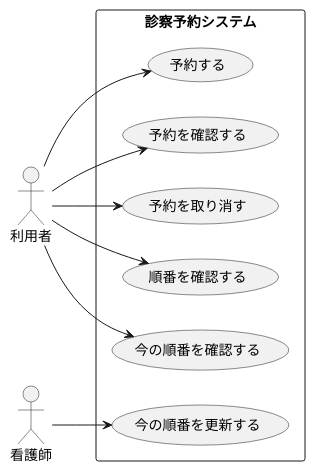
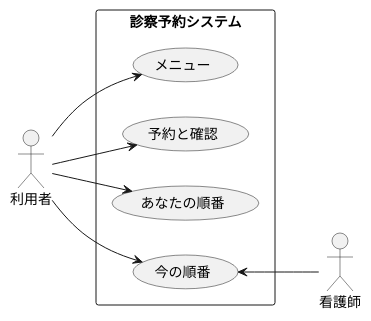
Before and after one commit to yoshidasen/uml-introduction: the diagram in 演習6-3_ユースケース図_診察予約システム.pu, drawn with PlantUML.

Commit message:
演習6-3ユースケース図

```diff
--- a/演習6-3_ユースケース図_診察予約システム.pu
+++ b/演習6-3_ユースケース図_診察予約システム.pu
@@ -1,26 +1,20 @@
 @startuml 診察予約システム
     left to right direction
 
     actor 利用者 as user
     actor 看護師 as nurse
 
     rectangle 診察予約システム {
-        usecase 予約する as U1
-        usecase 予約を確認する as U2
-        usecase 予約を取り消す as U3
-        usecase 順番を確認する as U4
-        usecase 今の順番を確認する as U5
-        usecase 今の順番を更新する as N1
+        usecase メニュー as U1
+        usecase 予約と確認 as U2
+        usecase あなたの順番 as U3
+        usecase 今の順番 as U4
     }
 
     user --> U1
     user --> U2
-    ' U2 --> U1 : <<include>>
     user --> U3
-    ' U3 --> U1 : <<include>>
     user --> U4
-    ' U4 --> U1  : <<include>>
-    user --> U5
-    nurse --> N1
+    U4 <-- nurse
 
 @enduml
```
